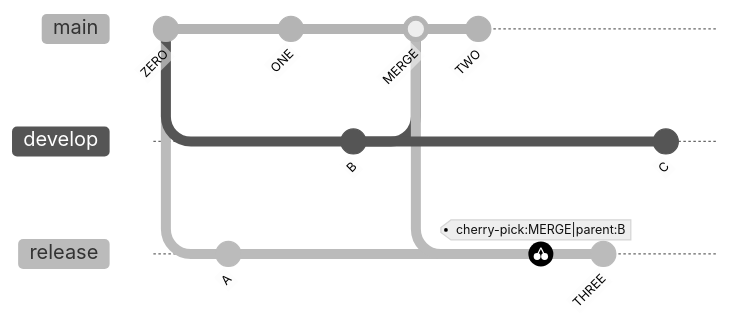
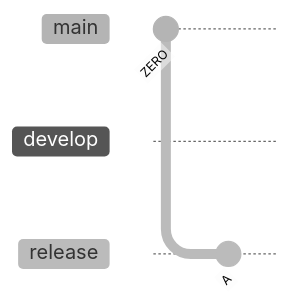
Before and after one commit to td-github-training/td-github-training.github.io: the diagram in docs/02_branches.md, drawn with Mermaid (neutral theme).

Commit message:
Initial update

````diff
--- a/docs/02_branches.md
+++ b/docs/02_branches.md
@@ -30,19 +9,7 @@
 ```mermaid
     gitGraph
         commit id: "ZERO"
         branch develop
         branch release
         commit id:"A"
-        checkout main
-        commit id:"ONE"
-        checkout develop
-        commit id:"B"
-        checkout main
-        merge develop id:"MERGE"
-        commit id:"TWO"
-        checkout release
-        cherry-pick id:"MERGE" parent:"B"
-        commit id:"THREE"
-        checkout develop
-        commit id:"C"
 ```
````
